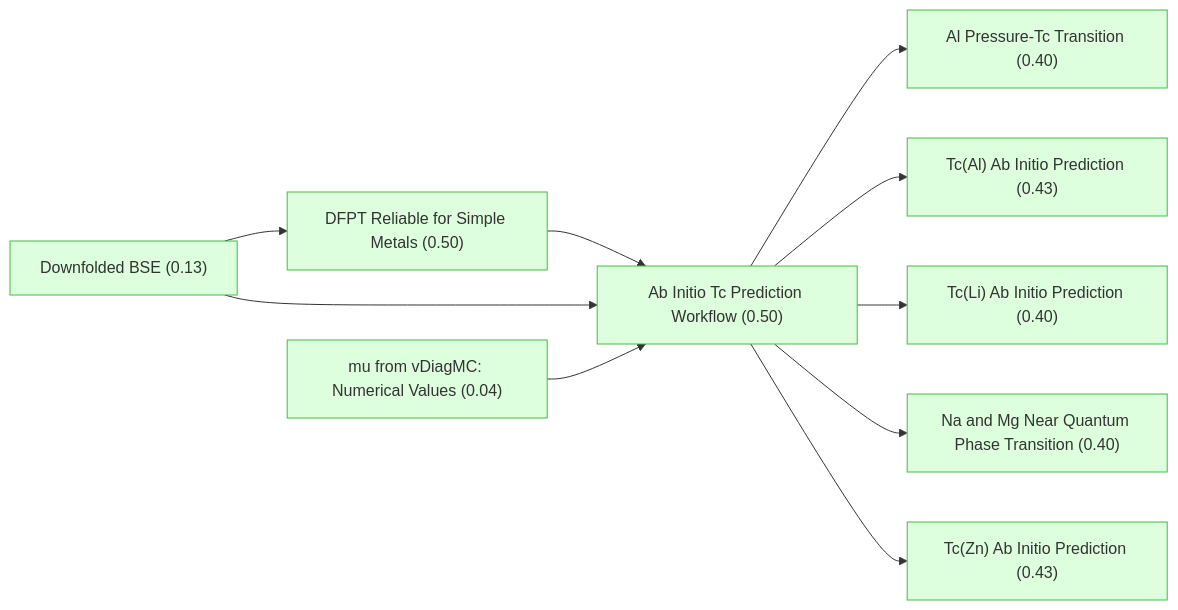
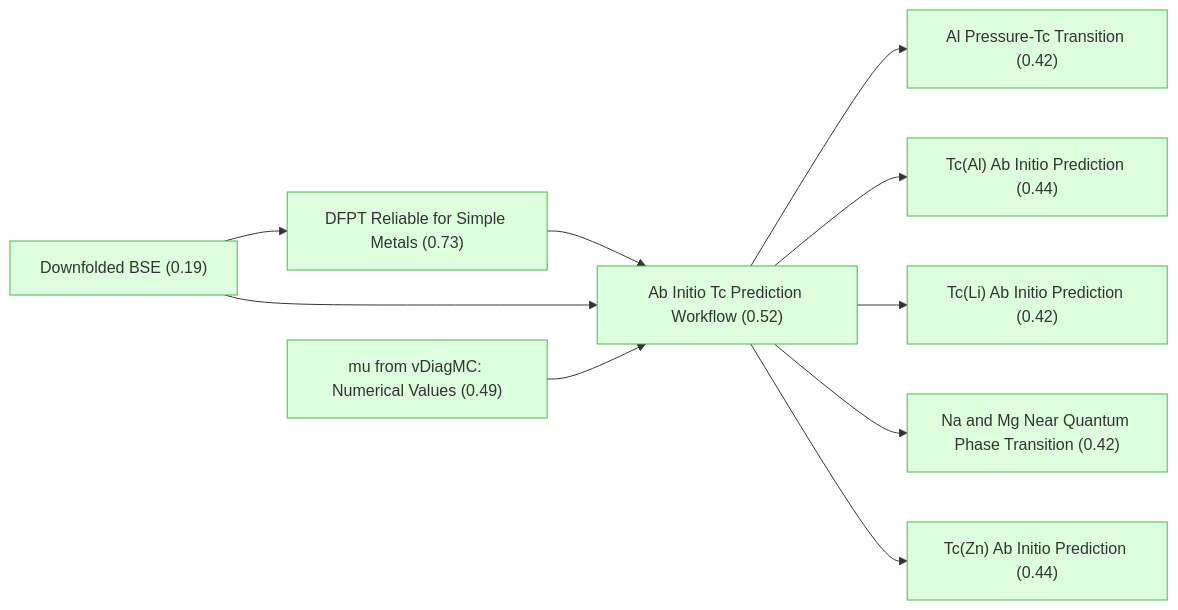
Before and after one commit to kunyuan/SuperconductivityElectronLiquids.gaia: the first of 6 diagrams in README.md, drawn with Mermaid. The commit also changed other lines of this file, not shown here.

````diff
--- a/README.md
+++ b/README.md
@@ -7,31 +7,31 @@
 ```mermaid
 graph LR
-    downfolded_bse["Downfolded BSE (0.13)"]:::derived
-    mu_vdiagmc_values["mu from vDiagMC: Numerical Values (0.04)"]:::derived
-    dfpt_reliable_for_simple_metals["DFPT Reliable for Simple Metals (0.50)"]:::derived
-    ab_initio_workflow["Ab Initio Tc Prediction Workflow (0.50)"]:::derived
-    tc_al_predicted["Tc(Al) Ab Initio Prediction (0.43)"]:::derived
-    tc_zn_predicted["Tc(Zn) Ab Initio Prediction (0.43)"]:::derived
-    tc_li_predicted["Tc(Li) Ab Initio Prediction (0.40)"]:::derived
-    al_pressure_transition["Al Pressure-Tc Transition (0.40)"]:::derived
-    tc_mg_na_near_qpt["Na and Mg Near Quantum Phase Transition (0.40)"]:::derived
+    downfolded_bse["Downfolded BSE (0.19)"]:::derived
+    mu_vdiagmc_values["mu from vDiagMC: Numerical Values (0.49)"]:::derived
+    dfpt_reliable_for_simple_metals["DFPT Reliable for Simple Metals (0.73)"]:::derived
+    ab_initio_workflow["Ab Initio Tc Prediction Workflow (0.52)"]:::derived
+    tc_al_predicted["Tc(Al) Ab Initio Prediction (0.44)"]:::derived
+    tc_zn_predicted["Tc(Zn) Ab Initio Prediction (0.44)"]:::derived
+    tc_li_predicted["Tc(Li) Ab Initio Prediction (0.42)"]:::derived
+    al_pressure_transition["Al Pressure-Tc Transition (0.42)"]:::derived
+    tc_mg_na_near_qpt["Na and Mg Near Quantum Phase Transition (0.42)"]:::derived
     ab_initio_workflow --> al_pressure_transition
     ab_initio_workflow --> tc_al_predicted
     ab_initio_workflow --> tc_li_predicted
     ab_initio_workflow --> tc_mg_na_near_qpt
     ab_initio_workflow --> tc_zn_predicted
     dfpt_reliable_for_simple_metals --> ab_initio_workflow
     downfolded_bse --> ab_initio_workflow
     downfolded_bse --> dfpt_reliable_for_simple_metals
     mu_vdiagmc_values --> ab_initio_workflow
 
-    classDef setting fill:#f0f0f0,stroke:#999,color:#333
-    classDef premise fill:#ddeeff,stroke:#4488bb,color:#333
-    classDef derived fill:#ddffdd,stroke:#44bb44,color:#333
-    classDef question fill:#fff3dd,stroke:#cc9944,color:#333
-    classDef background fill:#f5f5f5,stroke:#bbb,stroke-dasharray: 5 5,color:#333
-    classDef orphan fill:#fff,stroke:#ccc,stroke-dasharray: 5 5,color:#333
-    classDef external fill:#fff,stroke:#aaa,stroke-dasharray: 3 3,color:#333
-    classDef weak fill:#fff9c4,stroke:#f9a825,stroke-dasharray: 5 5,color:#333
-    classDef contra fill:#ffebee,stroke:#c62828,color:#333
+    classDef setting fill:#f0f0f0,stroke:#999
+    classDef premise fill:#ddeeff,stroke:#4488bb
+    classDef derived fill:#ddffdd,stroke:#44bb44
+    classDef question fill:#fff3dd,stroke:#cc9944
+    classDef background fill:#f5f5f5,stroke:#bbb,stroke-dasharray: 5 5
+    classDef orphan fill:#fff,stroke:#ccc,stroke-dasharray: 5 5
+    classDef external fill:#fff,stroke:#aaa,stroke-dasharray: 3 3
+    classDef weak fill:#fff9c4,stroke:#f9a825,stroke-dasharray: 5 5
+    classDef contra fill:#ffebee,stroke:#c62828
 ```
````
